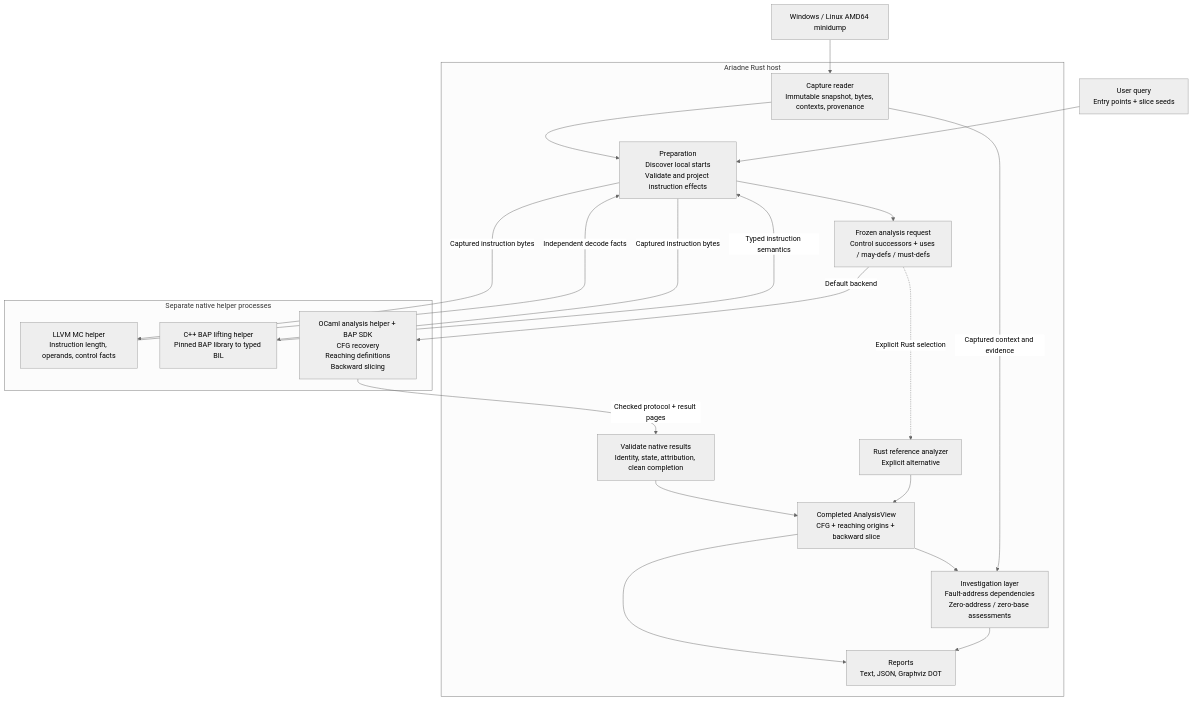
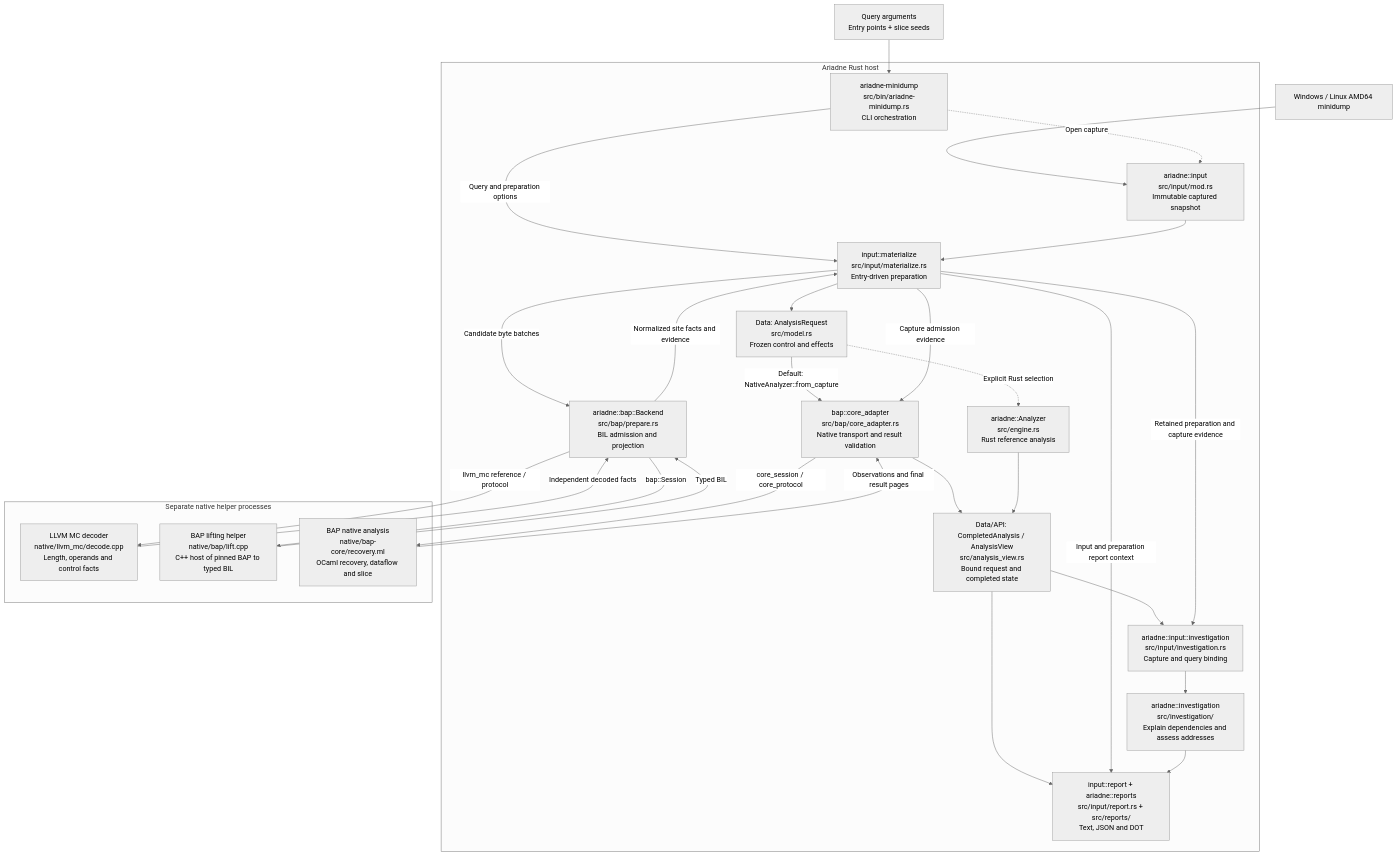
One commit to NzSN/Ariadne changed the first of 2 diagrams in docs/Ariadne/architecture.md. Above: the diagram before and after it, drawn with Mermaid (neutral theme). The commit also changed other lines of this file, not shown here.

Commit message:
Doc update: architecture.md

````diff
--- a/docs/Ariadne/architecture.md
+++ b/docs/Ariadne/architecture.md
@@ -55,40 +64,51 @@
 ```mermaid
 flowchart TB
     D["Windows / Linux AMD64 minidump"]
-    Q["User query<br/>Entry points + slice seeds"]
+    Q["Query arguments<br/>Entry points + slice seeds"]
 
     subgraph Rust["Ariadne Rust host"]
-        R["Capture reader<br/>Immutable snapshot, bytes, contexts, provenance"]
-        P["Preparation<br/>Discover local starts<br/>Validate and project instruction effects"]
-        F["Frozen analysis request<br/>Control successors + uses / may-defs / must-defs"]
-        REF["Rust reference analyzer<br/>Explicit alternative"]
-        V["Validate native results<br/>Identity, state, attribution, clean completion"]
-        A["Completed AnalysisView<br/>CFG + reaching origins + backward slice"]
-        I["Investigation layer<br/>Fault-address dependencies<br/>Zero-address / zero-base assessments"]
-        O["Reports<br/>Text, JSON, Graphviz DOT"]
+        CLI["ariadne-minidump<br/>src/bin/ariadne-minidump.rs<br/>CLI orchestration"]
+        R["ariadne::input<br/>src/input/mod.rs<br/>Immutable captured snapshot"]
+        P["input::materialize<br/>src/input/materialize.rs<br/>Entry-driven preparation"]
+        B["ariadne::bap::Backend<br/>src/bap/prepare.rs<br/>BIL admission and projection"]
+        F["Data: AnalysisRequest<br/>src/model.rs<br/>Frozen control and effects"]
+        REF["ariadne::Analyzer<br/>src/engine.rs<br/>Rust reference analysis"]
+        V["bap::core_adapter<br/>src/bap/core_adapter.rs<br/>Native transport and result validation"]
+        A["Data/API: CompletedAnalysis / AnalysisView<br/>src/analysis_view.rs<br/>Bound request and completed state"]
+        IB["ariadne::input::investigation<br/>src/input/investigation.rs<br/>Capture and query binding"]
+        I["ariadne::investigation<br/>src/investigation/<br/>Explain dependencies and assess addresses"]
+        O["input::report + ariadne::reports<br/>src/input/report.rs + src/reports/<br/>Text, JSON and DOT"]
     end
 
     subgraph Helpers["Separate native helper processes"]
-        MC["LLVM MC helper<br/>Instruction length, operands, control facts"]
-        L["C++ BAP lifting helper<br/>Pinned BAP library to typed BIL"]
-        C["OCaml analysis helper + BAP SDK<br/>CFG recovery<br/>Reaching definitions<br/>Backward slicing"]
+        MC["LLVM MC decoder<br/>native/llvm_mc/decode.cpp<br/>Length, operands and control facts"]
+        L["BAP lifting helper<br/>native/bap/lift.cpp<br/>C++ host of pinned BAP to typed BIL"]
+        C["BAP native analysis<br/>native/bap-core/recovery.ml<br/>OCaml recovery, dataflow and slice"]
     end
 
     D --> R
+    Q --> CLI
+    CLI -.->|"Open capture"| R
+    CLI -->|"Query and preparation options"| P
     R --> P
-    Q --> P
-    P -->|"Captured instruction bytes"| MC
-    MC -->|"Independent decode facts"| P
-    P -->|"Captured instruction bytes"| L
-    L -->|"Typed instruction semantics"| P
+    P -->|"Candidate byte batches"| B
+    B -->|"llvm_mc reference / protocol"| MC
+    MC -->|"Independent decoded facts"| B
+    B -->|"bap::Session"| L
+    L -->|"Typed BIL"| B
+    B -->|"Normalized site facts and evidence"| P
     P --> F
-    F -->|"Default backend"| C
-    C -->|"Checked protocol + result pages"| V
+    F -->|"Default: NativeAnalyzer::from_capture"| V
+    P -->|"Capture admission evidence"| V
+    V -->|"core_session / core_protocol"| C
+    C -->|"Observations and final result pages"| V
     V --> A
     F -.->|"Explicit Rust selection"| REF
     REF --> A
-    A --> I
-    R -->|"Captured context and evidence"| I
+    A --> IB
+    P -->|"Retained preparation and capture evidence"| IB
+    IB --> I
     A --> O
+    P -->|"Input and preparation report context"| O
     I --> O
 ```
````
